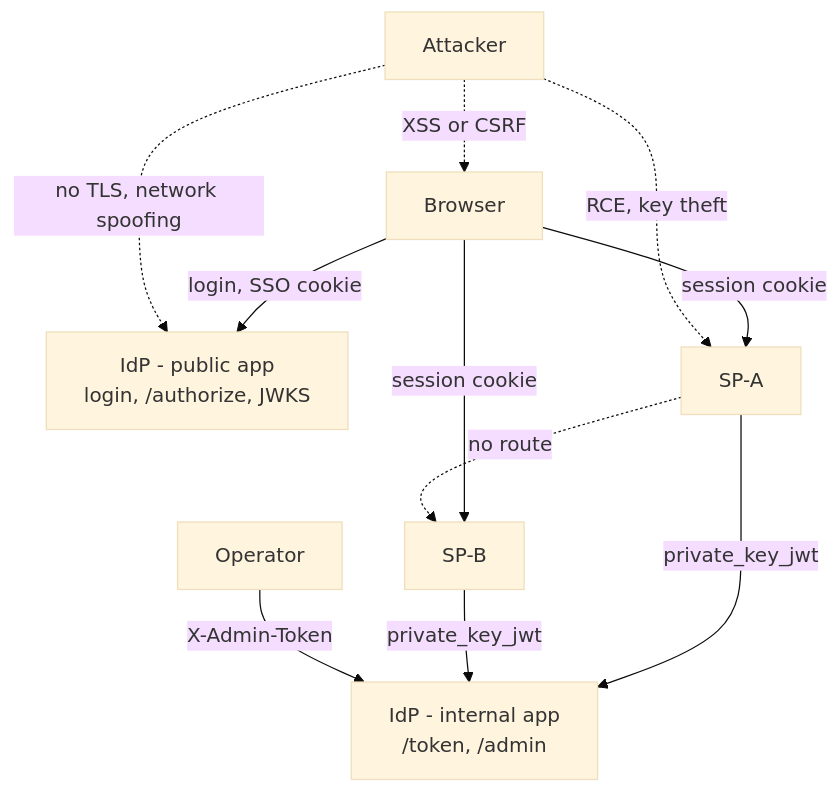
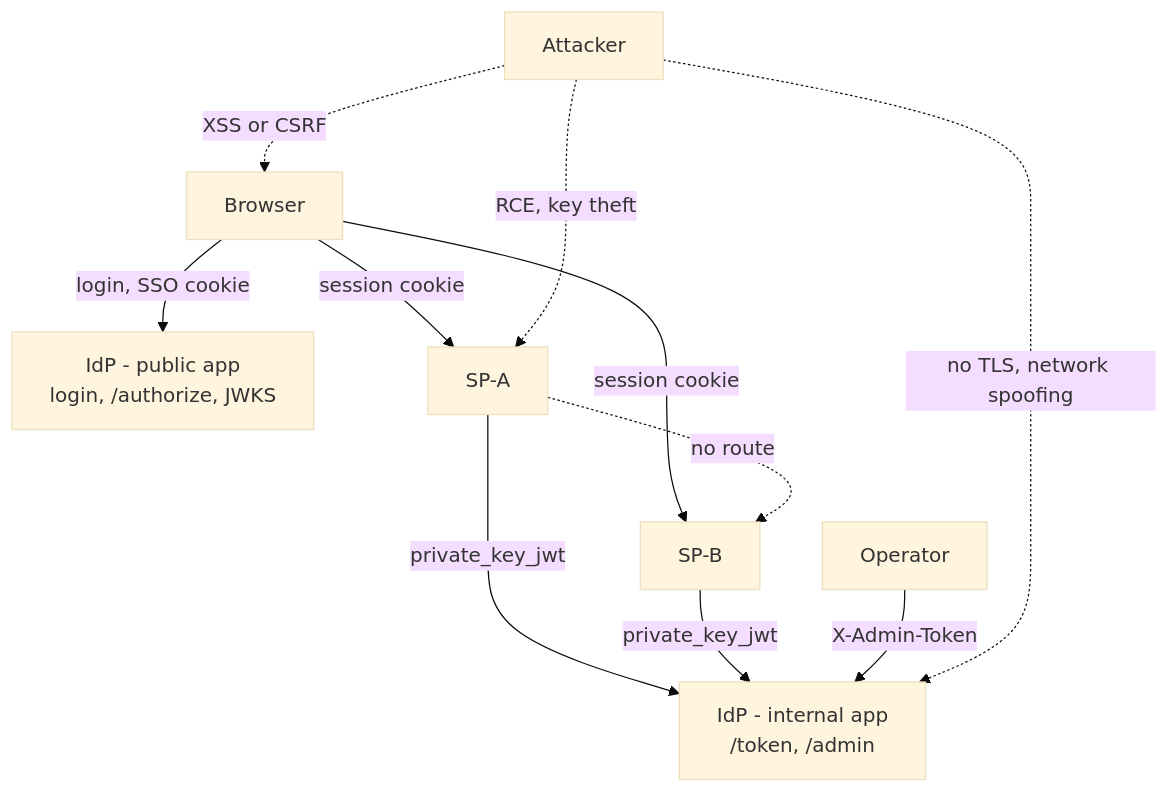
One commit to livingcurious/Federated-Identity changed the diagram in README.md. Above: the diagram before and after it, drawn with Mermaid (base theme). The commit also changed other lines of this file and 4 other files, not shown here.

````diff
--- a/README.md
+++ b/README.md
@@ -154,22 +154,22 @@
 ```mermaid
 graph TB
     Browser[Browser]
     IdPPub["IdP - public app<br/>login, /authorize, JWKS"]
     IdPInt["IdP - internal app<br/>/token, /admin"]
     SPA[SP-A]
     SPB[SP-B]
     Operator[Operator]
     Attacker[Attacker]
 
     Browser -->|session cookie| SPA
     Browser -->|session cookie| SPB
     Browser -->|login, SSO cookie| IdPPub
     SPA -->|private_key_jwt| IdPInt
     SPB -->|private_key_jwt| IdPInt
     Operator -->|X-Admin-Token| IdPInt
 
+    Attacker -.->|RCE, key theft| SPA
+    Attacker -.->|no TLS, network spoofing| IdPInt
     Attacker -.->|XSS or CSRF| Browser
-    Attacker -.->|RCE, key theft| SPA
-    Attacker -.->|no TLS, network spoofing| IdPPub
     SPA -.->|no route| SPB
 ```
````
